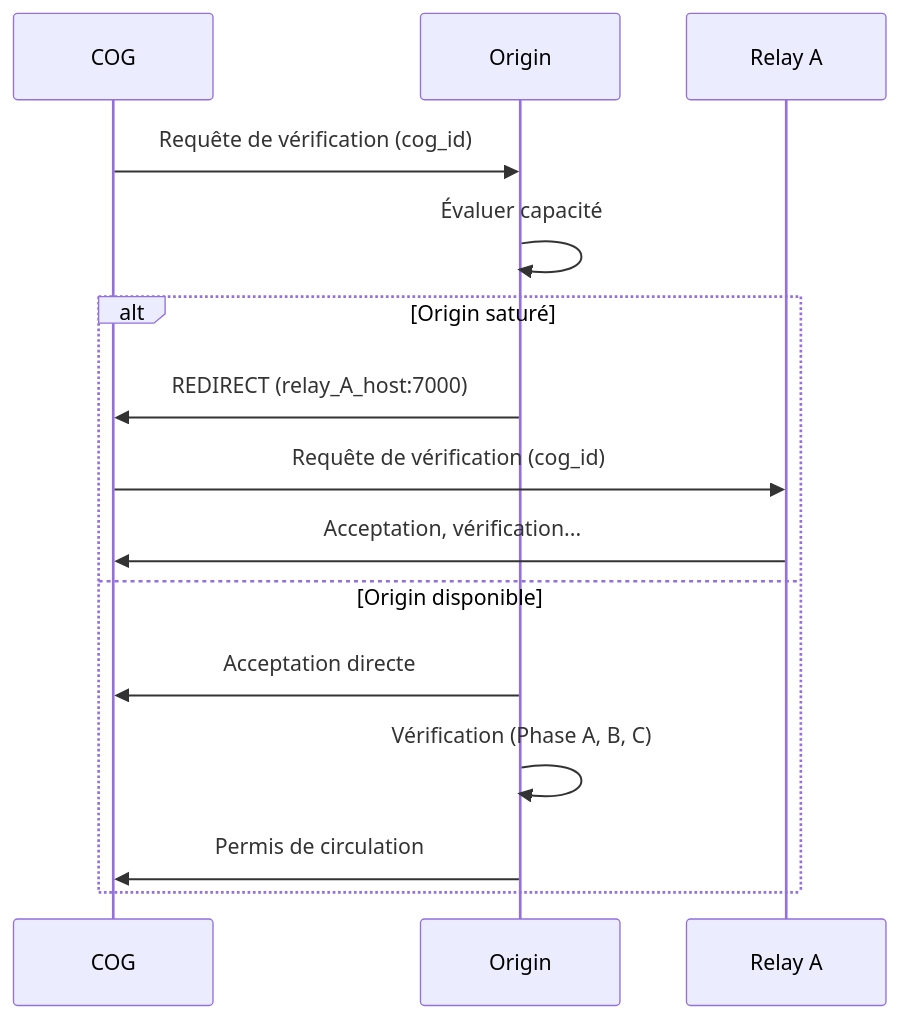
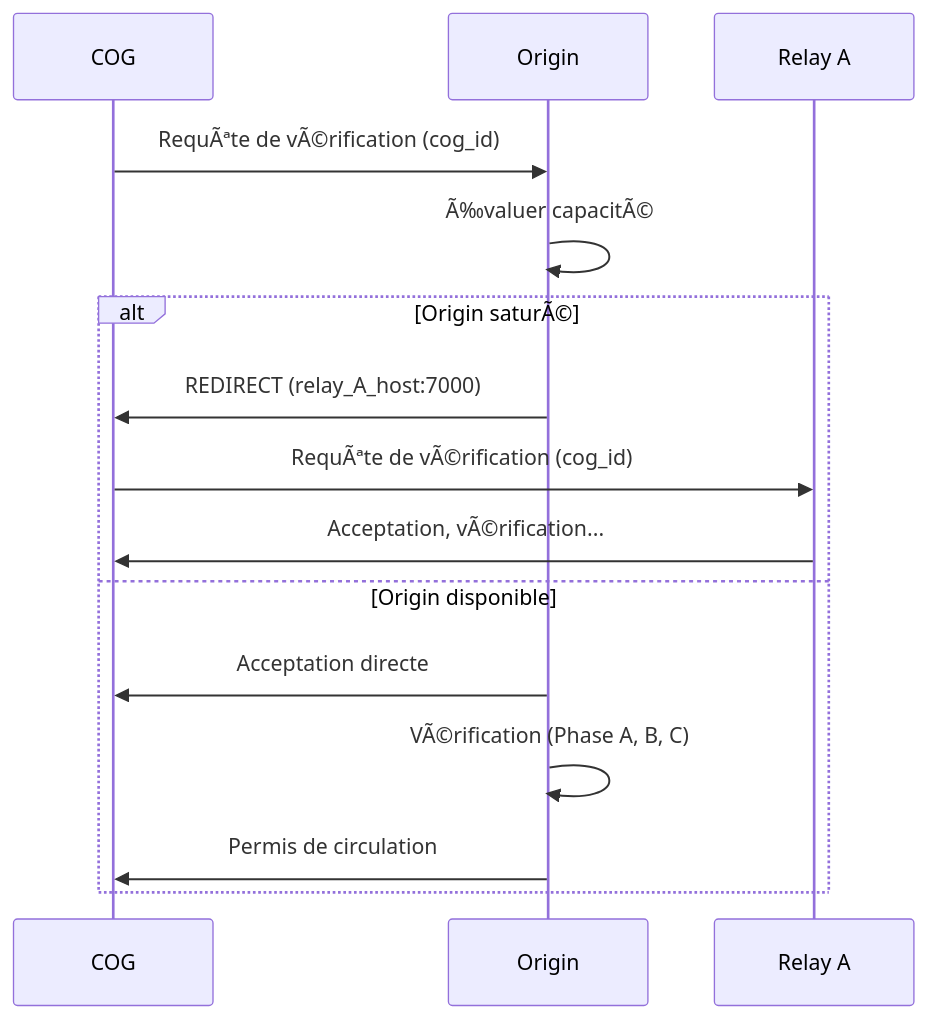
The second of 2 diagrams in docs/miyukini-webway-system/acteurs/MWS - Origin.md (StudioMiyukini/miyukini_cog), drawn with Mermaid before and after one commit. The commit also changed other lines of this file and 1287 other files, not shown here.

````diff
--- a/docs/miyukini-webway-system/acteurs/MWS - Origin.md
+++ b/docs/miyukini-webway-system/acteurs/MWS - Origin.md
@@ -95,18 +95,18 @@
 ```mermaid
 sequenceDiagram
     participant COG as COG
     participant O as Origin
     participant R as Relay A
 
-    COG->>O: Requête de vérification (cog_id)
-    O->>O: Évaluer capacité
-    alt Origin saturé
+    COG->>O: RequÃªte de vÃ©rification (cog_id)
+    O->>O: Ã‰valuer capacitÃ©
+    alt Origin saturÃ©
         O->>COG: REDIRECT (relay_A_host:7000)
-        COG->>R: Requête de vérification (cog_id)
-        R->>COG: Acceptation, vérification...
+        COG->>R: RequÃªte de vÃ©rification (cog_id)
+        R->>COG: Acceptation, vÃ©rification...
     else Origin disponible
         O->>COG: Acceptation directe
-        O->>O: Vérification (Phase A, B, C)
+        O->>O: VÃ©rification (Phase A, B, C)
         O->>COG: Permis de circulation
     end
 ```
````
